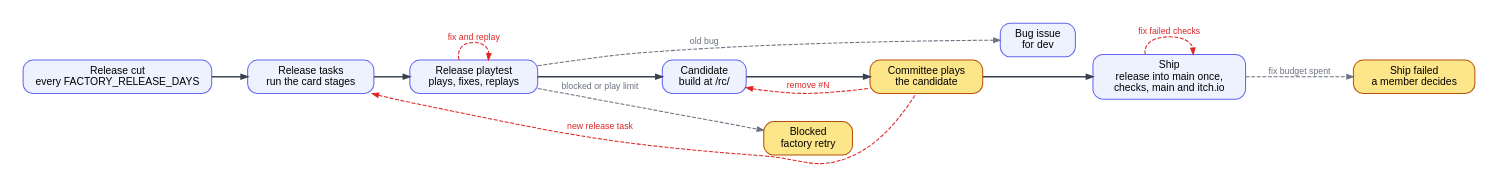
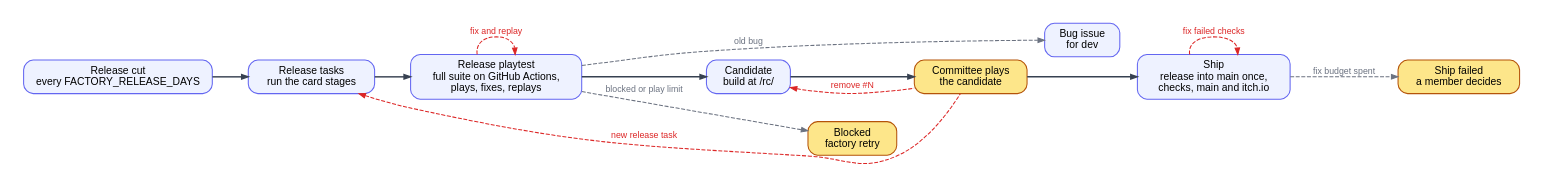
Before and after one commit to ROAM-game-org/road-machiners: the diagram in factory/docs/diagrams/release.dot, drawn with Graphviz. The commit also changed 9 other files, not shown here.

Commit message:
Document the full suite on GitHub Actions and drop the test cache notes

```diff
--- a/factory/docs/diagrams/release.dot
+++ b/factory/docs/diagrams/release.dot
@@ -1,20 +1,20 @@
 // Release. Black: normal path. Red: loops back. Grey: stops the flow. Yellow: waits for people.
 digraph release {
   rankdir=LR; nodesep=0.3; ranksep=0.6; bgcolor=white; pad=0.3;
   node [shape=box, style="rounded,filled", fillcolor="#eef2ff", color="#6366f1", fontname="Helvetica", fontsize=13, margin="0.2,0.1", penwidth=1.3, width=1.3];
   edge [color="#374151", penwidth=1.8, arrowsize=0.8, fontname="Helvetica", fontsize=11];
-  C [label="Release cut\nevery FACTORY_RELEASE_DAYS"]; T [label="Release tasks\nrun the card stages"]; G [label="Release playtest\nplays, fixes, replays"]; B [label="Candidate\nbuild at /rc/"];
+  C [label="Release cut\nevery FACTORY_RELEASE_DAYS"]; T [label="Release tasks\nrun the card stages"]; G [label="Release playtest\nfull suite on GitHub Actions,\nplays, fixes, replays"]; B [label="Candidate\nbuild at /rc/"];
   P [label="Committee plays\nthe candidate", fillcolor="#fde68a", color="#b45309"]; S [label="Ship\nrelease into main once,\nchecks, main and itch.io"];
   BL [label="Blocked\nfactory retry", fillcolor="#fde68a", color="#b45309"]; D [label="Bug issue\nfor dev"]; SB [label="Ship failed\na member decides", fillcolor="#fde68a", color="#b45309"];
   C -> T -> G -> B -> P -> S [weight=100];
   edge [color="#dc2626", fontcolor="#dc2626", style=dashed, penwidth=1.3, dir=back, weight=0];
   T -> P [label="new release task"];
   B -> P [label="remove #N"];
   edge [color="#dc2626", fontcolor="#dc2626", style=dashed, penwidth=1.3, dir=forward, weight=0];
   G -> G [label="fix and replay"];
   S -> S [label="fix failed checks"];
   edge [color="#6b7280", fontcolor="#6b7280", style=dashed, penwidth=1.3, dir=forward, weight=0];
   G -> BL [label="blocked or play limit"];
   G -> D [label="old bug"];
   S -> SB [label="fix budget spent"];
 }
```
